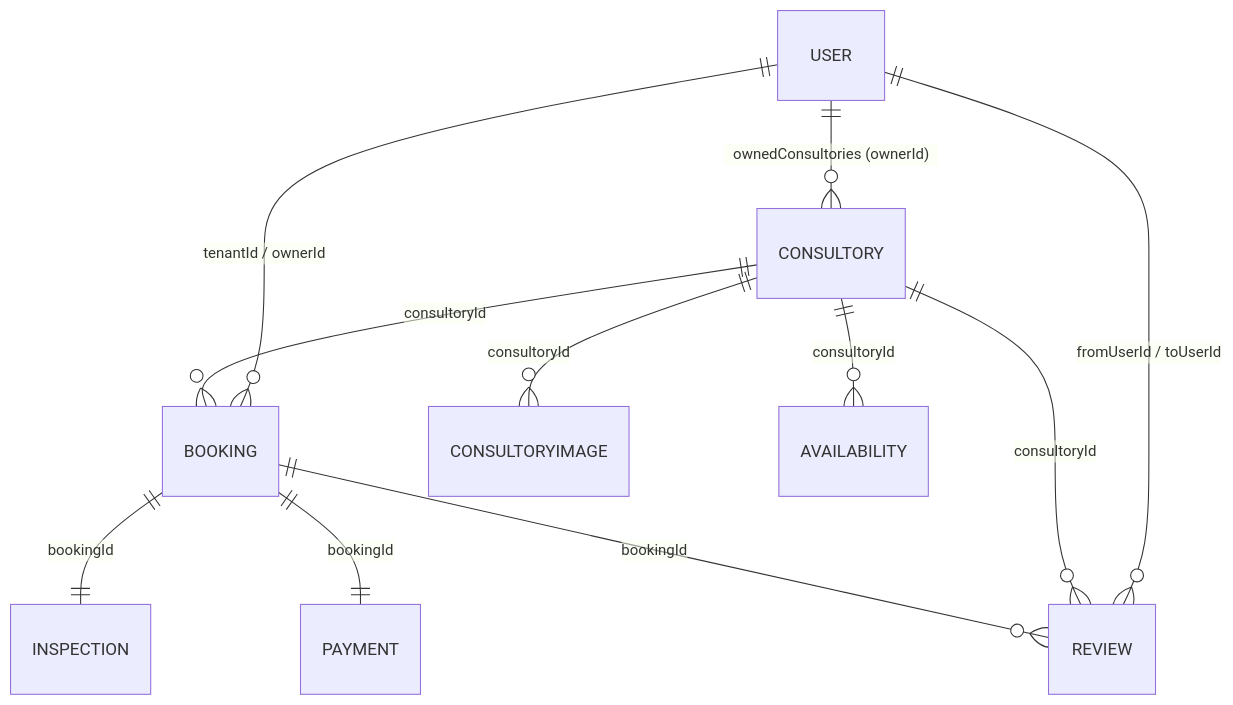
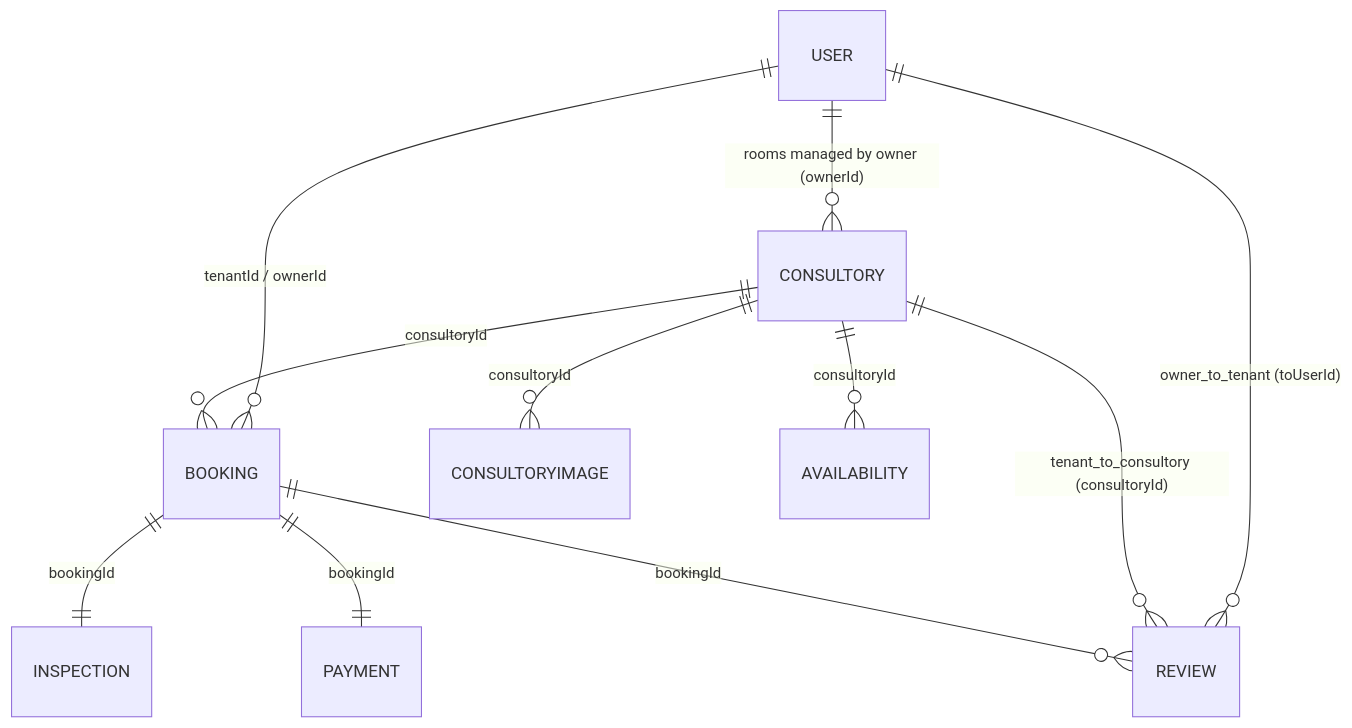
One commit to diego-carneiro/AlugFacil changed the second of 2 diagrams in docs/BACKEND_DATABASE_MAP.md. Above: the diagram before and after it, drawn with Mermaid. The commit also changed other lines of this file and 68 other files, not shown here.

````diff
--- a/docs/BACKEND_DATABASE_MAP.md
+++ b/docs/BACKEND_DATABASE_MAP.md
@@ -231,15 +245,15 @@
 ```mermaid
 erDiagram
-  USER ||--o{ CONSULTORY : "ownedConsultories (ownerId)"
+  USER ||--o{ CONSULTORY : "rooms managed by owner (ownerId)"
   USER ||--o{ BOOKING : "tenantId / ownerId"
-  USER ||--o{ REVIEW : "fromUserId / toUserId"
+  USER ||--o{ REVIEW : "owner_to_tenant (toUserId)"
 
   CONSULTORY ||--o{ CONSULTORYIMAGE : "consultoryId"
   CONSULTORY ||--o{ BOOKING : "consultoryId"
   CONSULTORY ||--o{ AVAILABILITY : "consultoryId"
-  CONSULTORY ||--o{ REVIEW : "consultoryId"
+  CONSULTORY ||--o{ REVIEW : "tenant_to_consultory (consultoryId)"
 
   BOOKING ||--|| INSPECTION : "bookingId"
   BOOKING ||--o{ REVIEW : "bookingId"
   BOOKING ||--|| PAYMENT : "bookingId"
 ```
````
